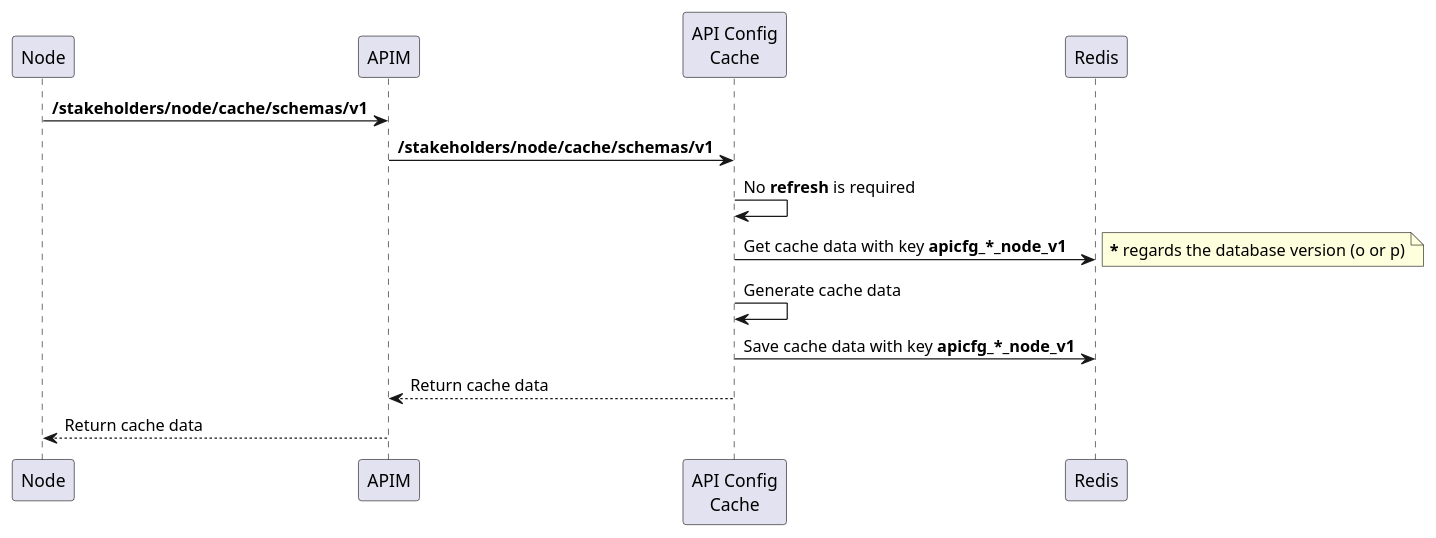
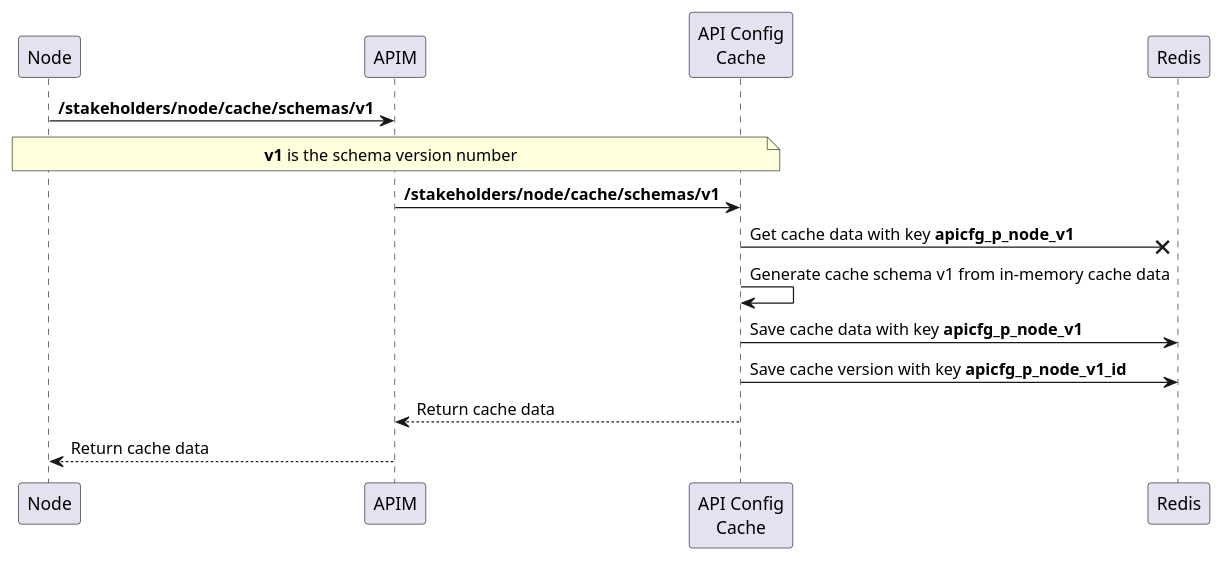
The diagram in docs/node/scenario_01.puml (pagopa/pagopa-api-config-cache), drawn with PlantUML before and after one commit. The commit also changed 9 other files, not shown here.

```diff
--- a/docs/node/scenario_01.puml
+++ b/docs/node/scenario_01.puml
@@ -5,18 +5,34 @@
 @startuml
 participant Node
 participant APIM
 participant "API Config\nCache" as Cache
 
+/'
+This version is deprecated
 Node -> APIM: <b>/stakeholders/node/cache/schemas/v1</b>
 APIM -> Cache: <b>/stakeholders/node/cache/schemas/v1
 Cache -> Cache: No <b>refresh</b> is required
 Cache -> Redis: Get cache data with key <b>apicfg_*_node_v1</b>
 note right
   <b>*</b> regards the database version (o or p)
 end note
 Cache -> Cache: Generate cache data
 Cache -> Redis: Save cache data with key <b>apicfg_*_node_v1</b>
 
 Cache --> APIM: Return cache data
 APIM --> Node: Return cache data
+'/
+Node -> APIM: <b>/stakeholders/node/cache/schemas/v1</b>
+note over Node, Cache
+  <b>v1</b> is the schema version number
+end note
+APIM -> Cache: <b>/stakeholders/node/cache/schemas/v1
+Cache -x Redis: Get cache data with key <b>apicfg_p_node_v1</b>
+
+Cache -> Cache: Generate cache schema v1 from in-memory cache data
+Cache -> Redis: Save cache data with key <b>apicfg_p_node_v1</b>
+Cache -> Redis: Save cache version with key <b>apicfg_p_node_v1_id</b>
+
+Cache --> APIM: Return cache data
+APIM --> Node: Return cache data
 @enduml
```
